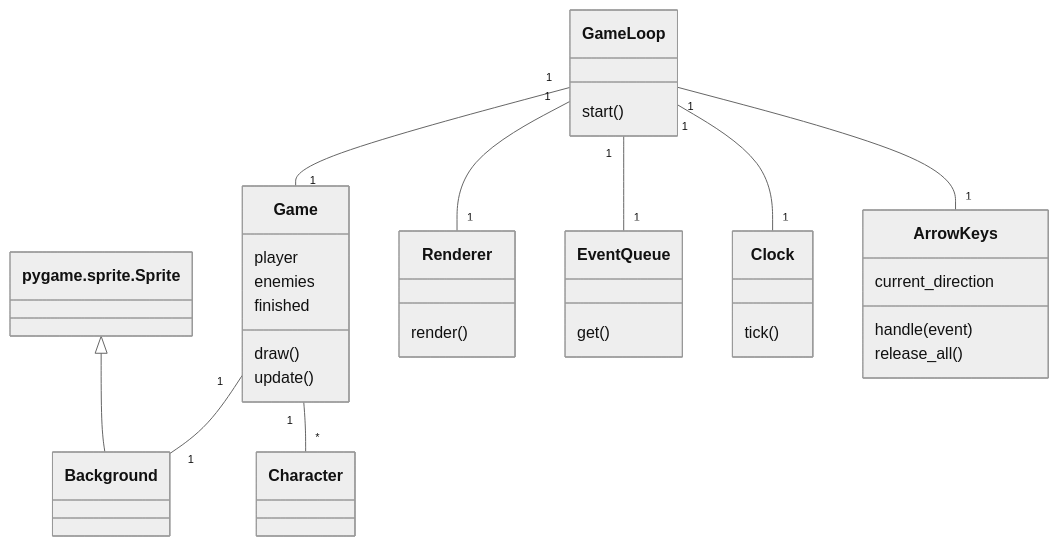
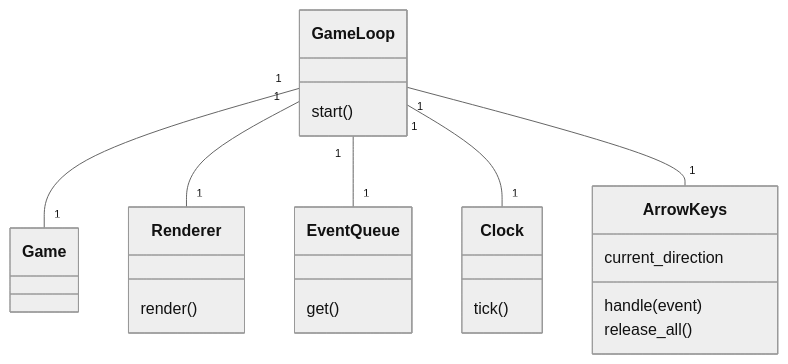
Before and after one commit to VSirvio/RaiseYourSword: the first of 5 diagrams in documentation/architecture.md, drawn with Mermaid (neutral theme). The commit also changed other lines of this file, not shown here.

````diff
--- a/documentation/architecture.md
+++ b/documentation/architecture.md
@@ -7,35 +7,25 @@
 ```mermaid
 classDiagram
     GameLoop "1" -- "1" Game
-    Game "1" -- "1" Background
-    pygame.sprite.Sprite <|-- Background
-    Game "1" -- "*" Character
     GameLoop "1" -- "1" Renderer
     GameLoop "1" -- "1" EventQueue
     GameLoop "1" -- "1" Clock
     GameLoop "1" -- "1" ArrowKeys
     class GameLoop{
         start()
-    }
-    class Game{
-        player
-        enemies
-        finished
-        draw()
-        update()
     }
     class Renderer{
         render()
     }
     class EventQueue{
         get()
     }
     class Clock{
         tick()
     }
     class ArrowKeys{
         current_direction
         handle(event)
         release_all()
     }
 ```
````
